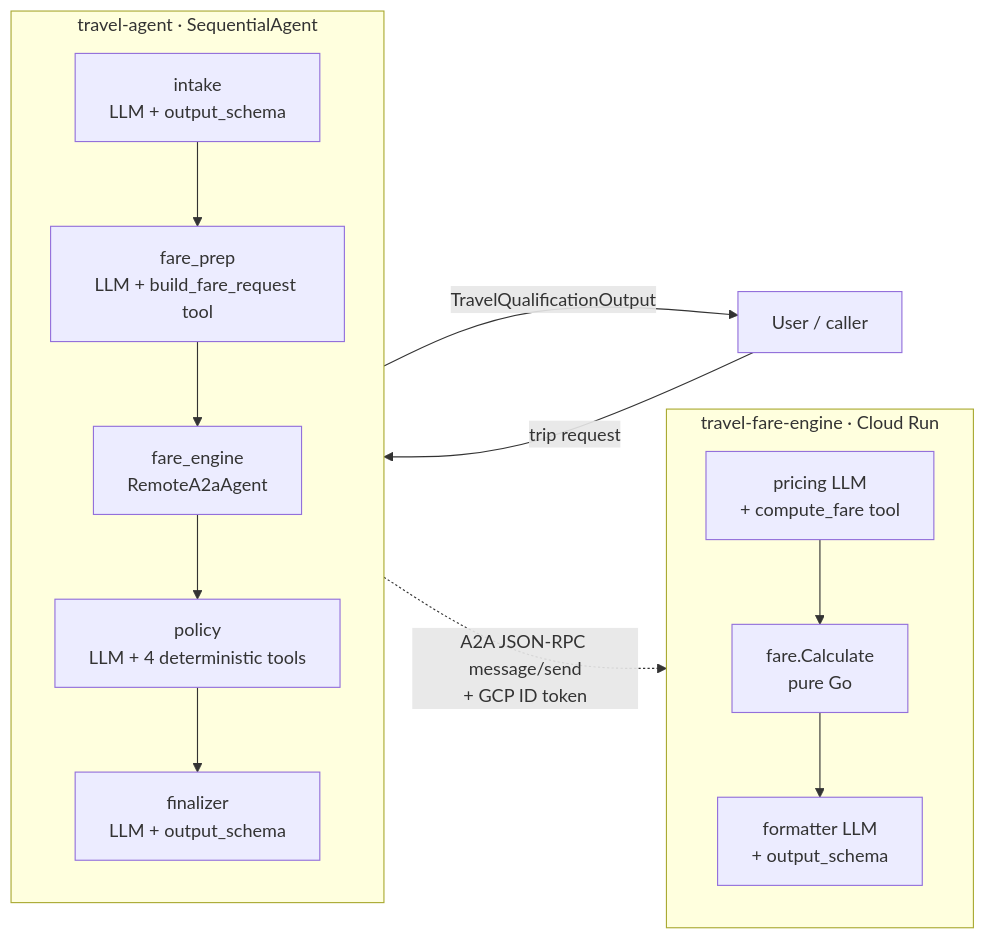
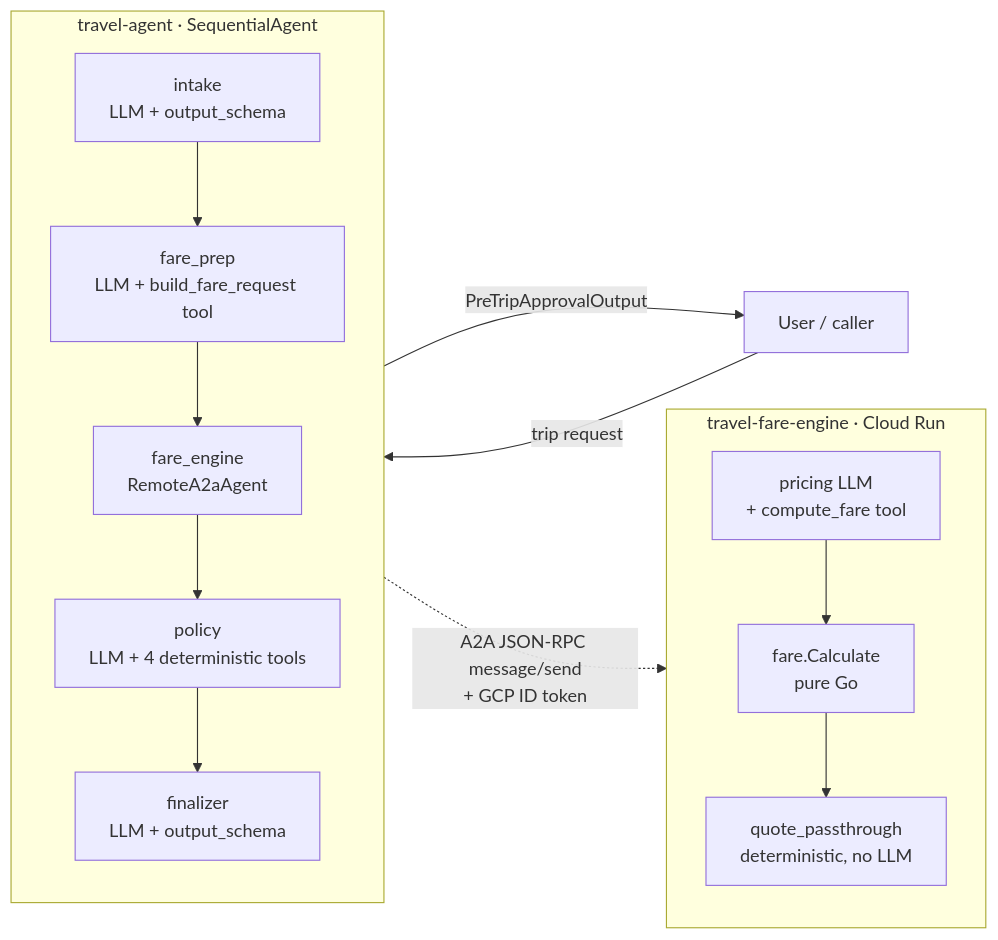
One commit to yakyetilabs/travel-agent changed the diagram in docs/ARCHITECTURE.md. Above: the diagram before and after it, drawn with Mermaid. The commit also changed other lines of this file and 28 other files, not shown here.

````diff
--- a/docs/ARCHITECTURE.md
+++ b/docs/ARCHITECTURE.md
@@ -18,22 +18,22 @@
 ```mermaid
 flowchart LR
     U[User / caller] -->|trip request| ORCH
 
     subgraph ORCH[travel-agent  ·  SequentialAgent]
         direction TB
         I[intake<br/>LLM + output_schema] --> FP[fare_prep<br/>LLM + build_fare_request tool]
         FP --> FE[fare_engine<br/>RemoteA2aAgent]
         FE --> P[policy<br/>LLM + 4 deterministic tools]
         P --> F[finalizer<br/>LLM + output_schema]
     end
 
     FE -.->|A2A JSON-RPC message/send<br/>+ GCP ID token| ENGINE
 
     subgraph ENGINE[travel-fare-engine  ·  Cloud Run]
         direction TB
         PR[pricing LLM<br/>+ compute_fare tool] --> CALC[fare.Calculate<br/>pure Go]
-        CALC --> FMT[formatter LLM<br/>+ output_schema]
+        CALC --> FMT[quote_passthrough<br/>deterministic, no LLM]
     end
 
-    F -->|TravelQualificationOutput| U
+    F -->|PreTripApprovalOutput| U
 ```
````
